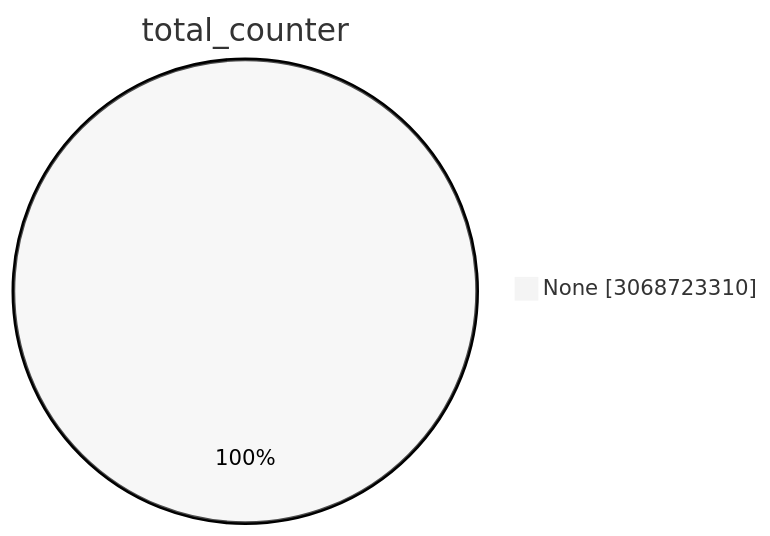
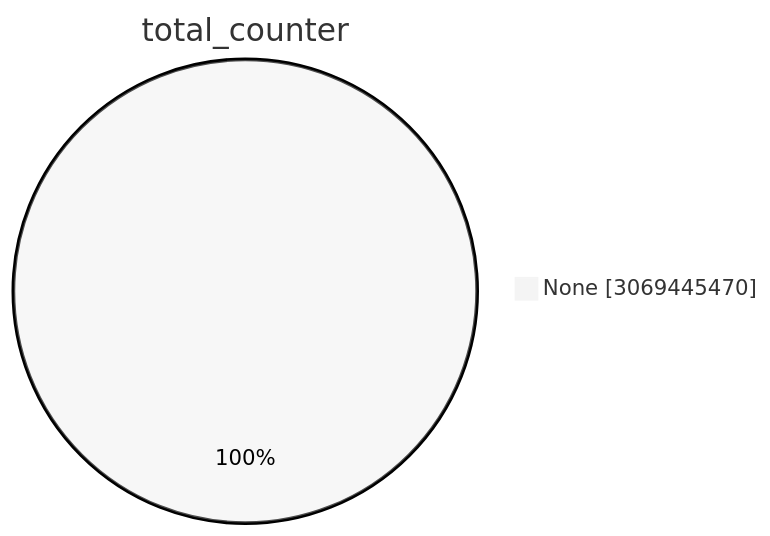
One commit to christiankrug/ctmonitor_visualization changed the first of 15 diagrams in TOTAL/README.md. Above: the diagram before and after it, drawn with Mermaid (neutral theme). The commit also changed other lines of this file, not shown here.

````diff
--- a/TOTAL/README.md
+++ b/TOTAL/README.md
@@ -1,5 +1,5 @@
 ```mermaid
 pie showData
 title total_counter
-"None" :3068723310
+"None" :3069445470
 ```
````
